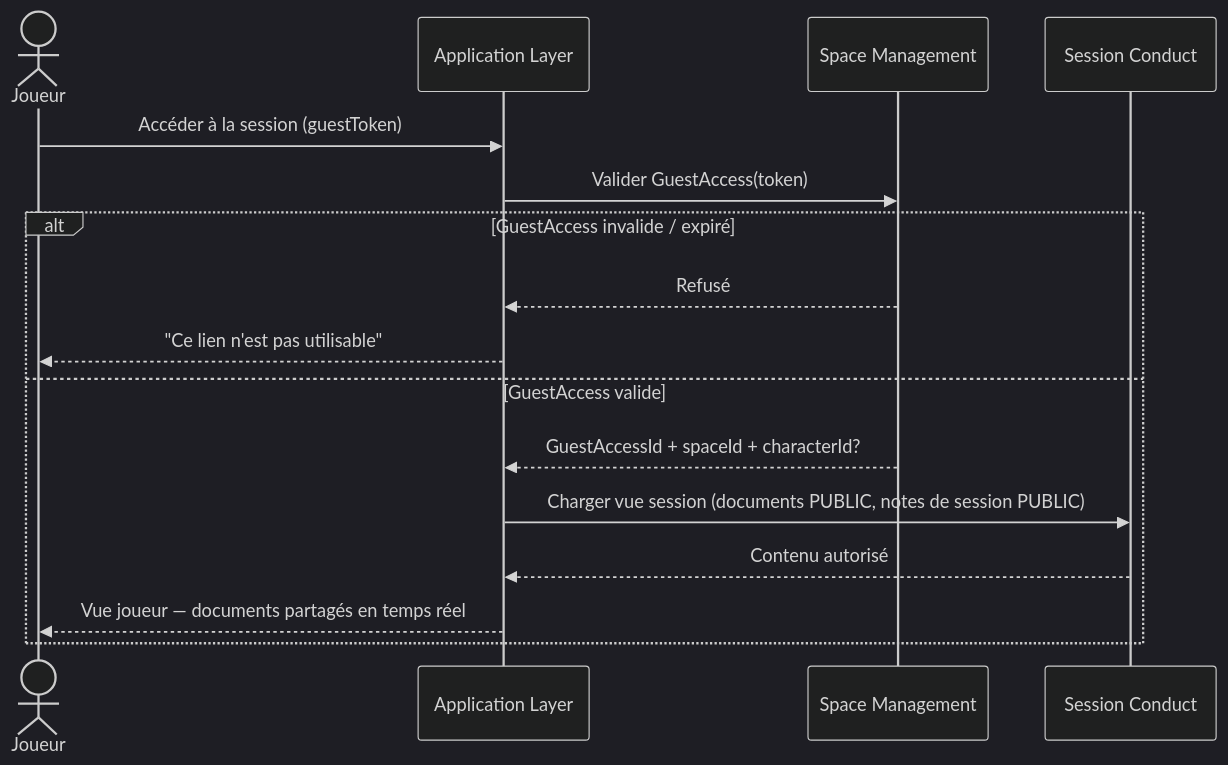
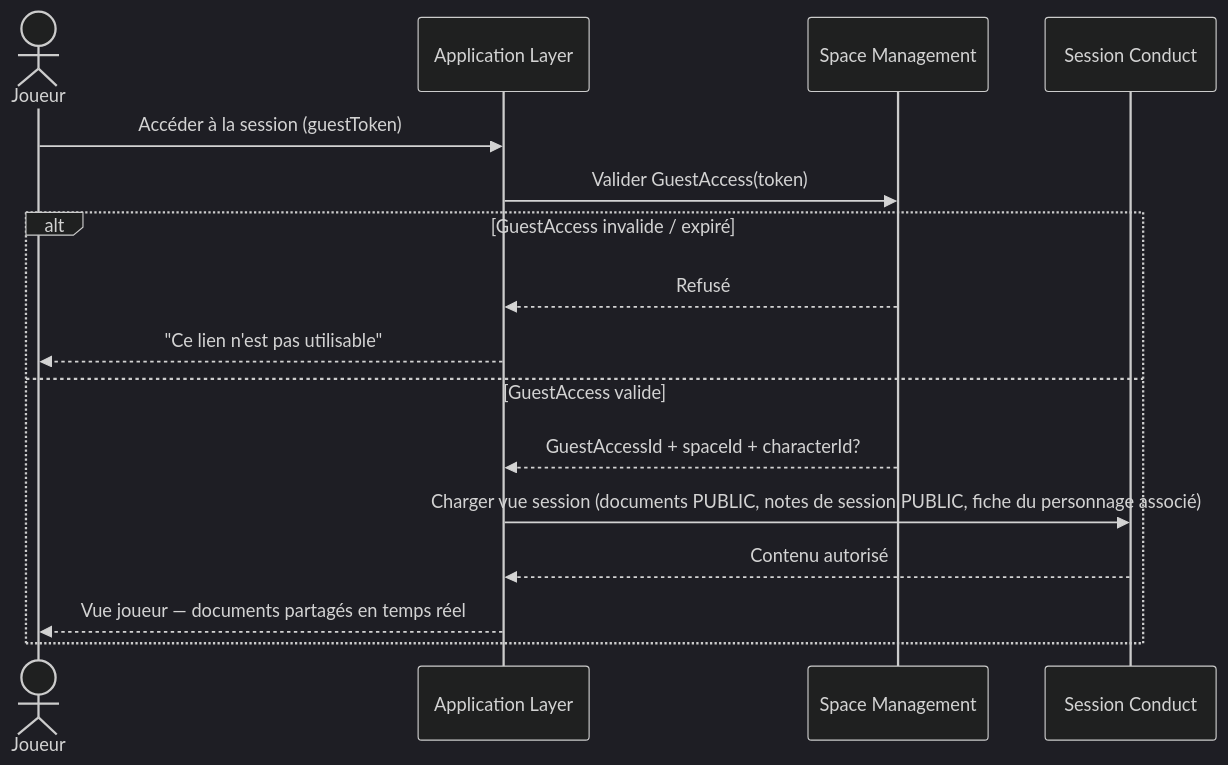
Before and after one commit to 2025-10-CDA-ECO-P6/PM-micro-saas: the ninth of 9 diagrams in docs/domaine/session-conduct/flows.md, drawn with Mermaid (dark theme). The commit also changed other lines of this file and 3 other files, not shown here.

````diff
--- a/docs/domaine/session-conduct/flows.md
+++ b/docs/domaine/session-conduct/flows.md
@@ -147,19 +158,19 @@
 ```mermaid
 sequenceDiagram
     actor Joueur
     participant App as Application Layer
     participant SM as Space Management
     participant SC as Session Conduct
 
     Joueur->>App: Accéder à la session (guestToken)
     App->>SM: Valider GuestAccess(token)
     alt GuestAccess invalide / expiré
         SM-->>App: Refusé
         App-->>Joueur: "Ce lien n'est pas utilisable"
     else GuestAccess valide
         SM-->>App: GuestAccessId + spaceId + characterId?
-        App->>SC: Charger vue session (documents PUBLIC, notes de session PUBLIC)
+        App->>SC: Charger vue session (documents PUBLIC, notes de session PUBLIC, fiche du personnage associé)
         SC-->>App: Contenu autorisé
         App-->>Joueur: Vue joueur — documents partagés en temps réel
     end
 ```
````
